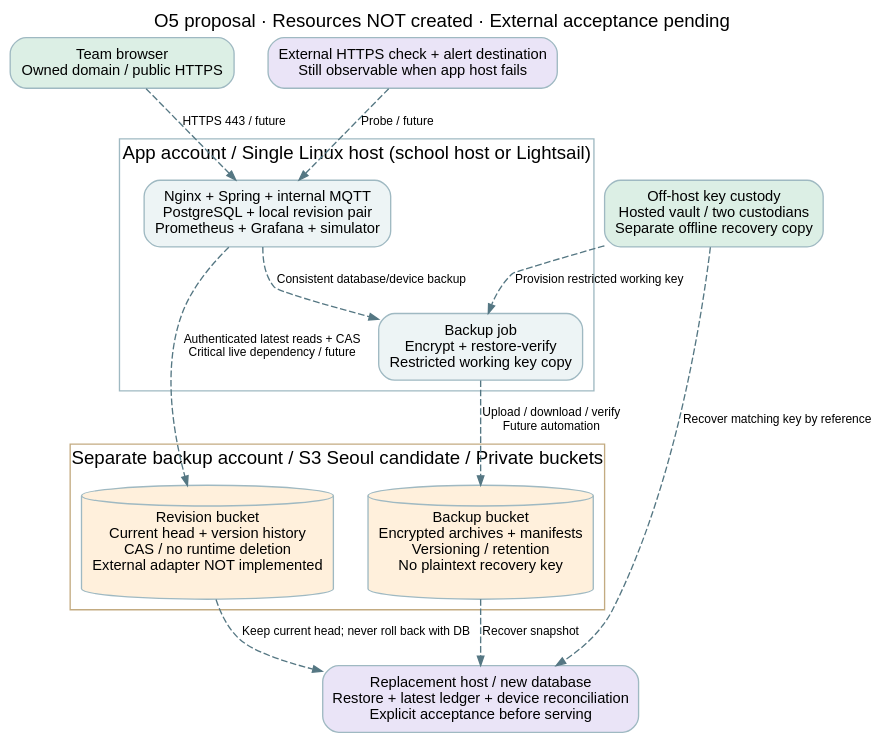
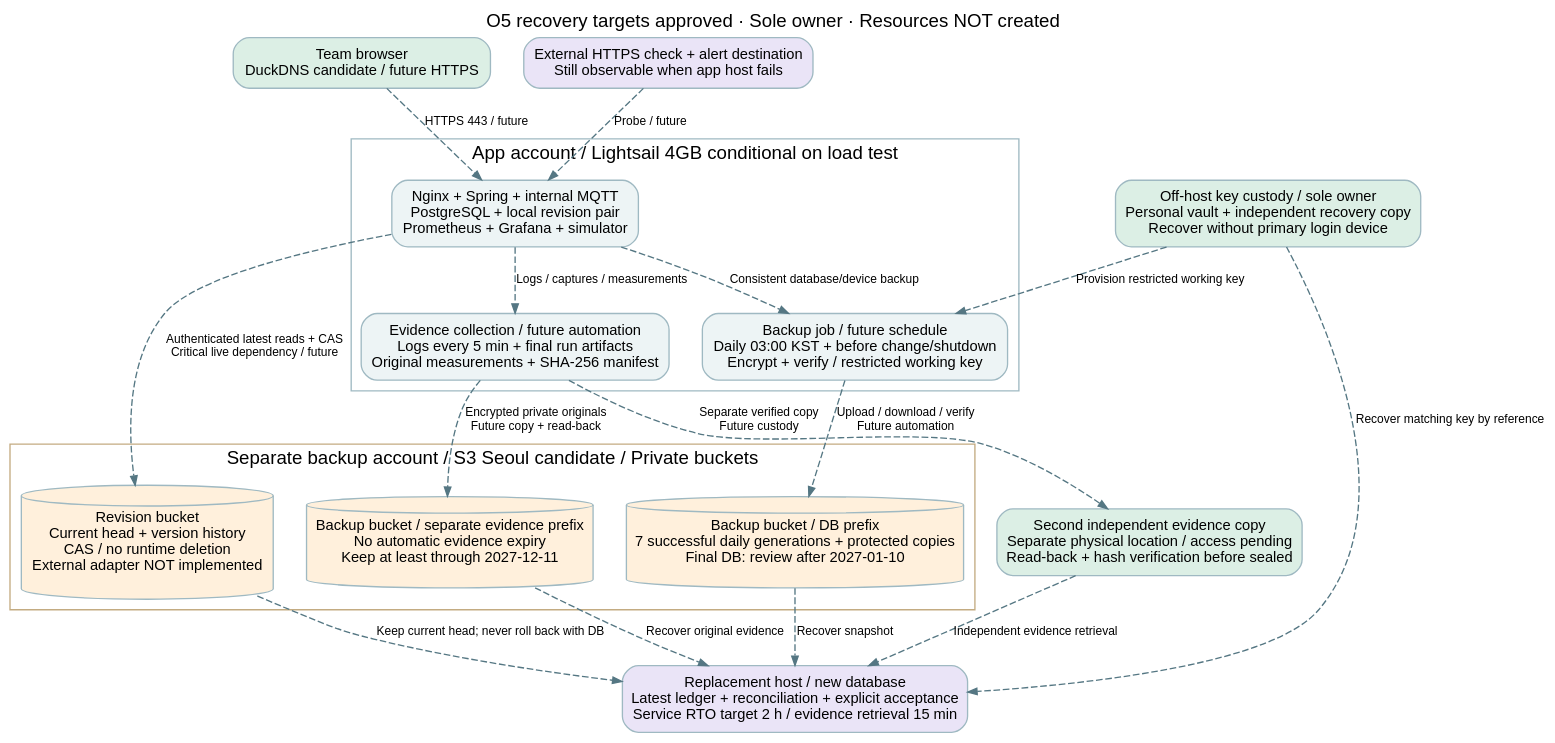
The diagram in docs/diagrams/11-deployment-readiness.dot (yh4752/illegal-parking-detection), drawn with Graphviz before and after one commit. The commit also changed 25 other files, not shown here.

Commit message:
docs: record approved recovery targets and sole-owner custody

```diff
--- a/docs/diagrams/11-deployment-readiness.dot
+++ b/docs/diagrams/11-deployment-readiness.dot
@@ -1,28 +1,36 @@
 digraph Readiness {
-  graph [rankdir=TB, bgcolor="transparent", pad="0.25", nodesep="0.35", ranksep="0.55", fontname="Arial", label="O5 proposal · Resources NOT created · External acceptance pending", labelloc=t];
+  graph [rankdir=TB, bgcolor="transparent", pad="0.25", nodesep="0.35", ranksep="0.55", fontname="Arial", label="O5 recovery targets approved · Sole owner · Resources NOT created", labelloc=t];
   node [shape=box, style="rounded,filled", fillcolor="#EDF4F5", color="#9FB9C2", fontname="Arial", fontsize=11, margin="0.13,0.1"];
   edge [fontname="Arial", fontsize=9, color="#557783", arrowsize=0.7, style=dashed];
-  team [label="Team browser\nOwned domain / public HTTPS", fillcolor="#DCEFE5"];
+  team [label="Team browser\nDuckDNS candidate / future HTTPS", fillcolor="#DCEFE5"];
   subgraph cluster_app {
-    label="App account / Single Linux host (school host or Lightsail)"; color="#9FB9C2";
+    label="App account / Lightsail 4GB conditional on load test"; color="#9FB9C2";
     app [label="Nginx + Spring + internal MQTT\nPostgreSQL + local revision pair\nPrometheus + Grafana + simulator"];
-    job [label="Backup job\nEncrypt + restore-verify\nRestricted working key copy"];
+    job [label="Backup job / future schedule\nDaily 03:00 KST + before change/shutdown\nEncrypt + verify / restricted working key"];
+    capture [label="Evidence collection / future automation\nLogs every 5 min + final run artifacts\nOriginal measurements + SHA-256 manifest"];
     app -> job [label="Consistent database/device backup"];
+    app -> capture [label="Logs / captures / measurements"];
   }
   subgraph cluster_store {
     label="Separate backup account / S3 Seoul candidate / Private buckets"; color="#C3AB81";
     ledger [shape=cylinder, fillcolor="#FFF0DC", label="Revision bucket\nCurrent head + version history\nCAS / no runtime deletion\nExternal adapter NOT implemented"];
-    archive [shape=cylinder, fillcolor="#FFF0DC", label="Backup bucket\nEncrypted archives + manifests\nVersioning / retention\nNo plaintext recovery key"];
+    archive [shape=cylinder, fillcolor="#FFF0DC", label="Backup bucket / DB prefix\n7 successful daily generations + protected copies\nFinal DB: review after 2027-01-10"];
+    evidence [shape=cylinder, fillcolor="#FFF0DC", label="Backup bucket / separate evidence prefix\nNo automatic evidence expiry\nKeep at least through 2027-12-11"];
   }
-  vault [label="Off-host key custody\nHosted vault / two custodians\nSeparate offline recovery copy", fillcolor="#DCEFE5"];
-  restore [label="Replacement host / new database\nRestore + latest ledger + device reconciliation\nExplicit acceptance before serving", fillcolor="#EAE4F7"];
+  vault [label="Off-host key custody / sole owner\nPersonal vault + independent recovery copy\nRecover without primary login device", fillcolor="#DCEFE5"];
+  offline [label="Second independent evidence copy\nSeparate physical location / access pending\nRead-back + hash verification before sealed", fillcolor="#DCEFE5"];
+  restore [label="Replacement host / new database\nLatest ledger + reconciliation + explicit acceptance\nService RTO target 2 h / evidence retrieval 15 min", fillcolor="#EAE4F7"];
   monitor [label="External HTTPS check + alert destination\nStill observable when app host fails", fillcolor="#EAE4F7"];
   team -> app [label="HTTPS 443 / future"];
   app -> ledger [label="Authenticated latest reads + CAS\nCritical live dependency / future"];
   job -> archive [label="Upload / download / verify\nFuture automation"];
+  capture -> evidence [label="Encrypted private originals\nFuture copy + read-back"];
+  capture -> offline [label="Separate verified copy\nFuture custody"];
   vault -> job [label="Provision restricted working key"];
   archive -> restore [label="Recover snapshot"];
+  evidence -> restore [label="Recover original evidence"];
+  offline -> restore [label="Independent evidence retrieval"];
   ledger -> restore [label="Keep current head; never roll back with DB"];
   vault -> restore [label="Recover matching key by reference"];
   monitor -> app [label="Probe / future"];
 }
```
